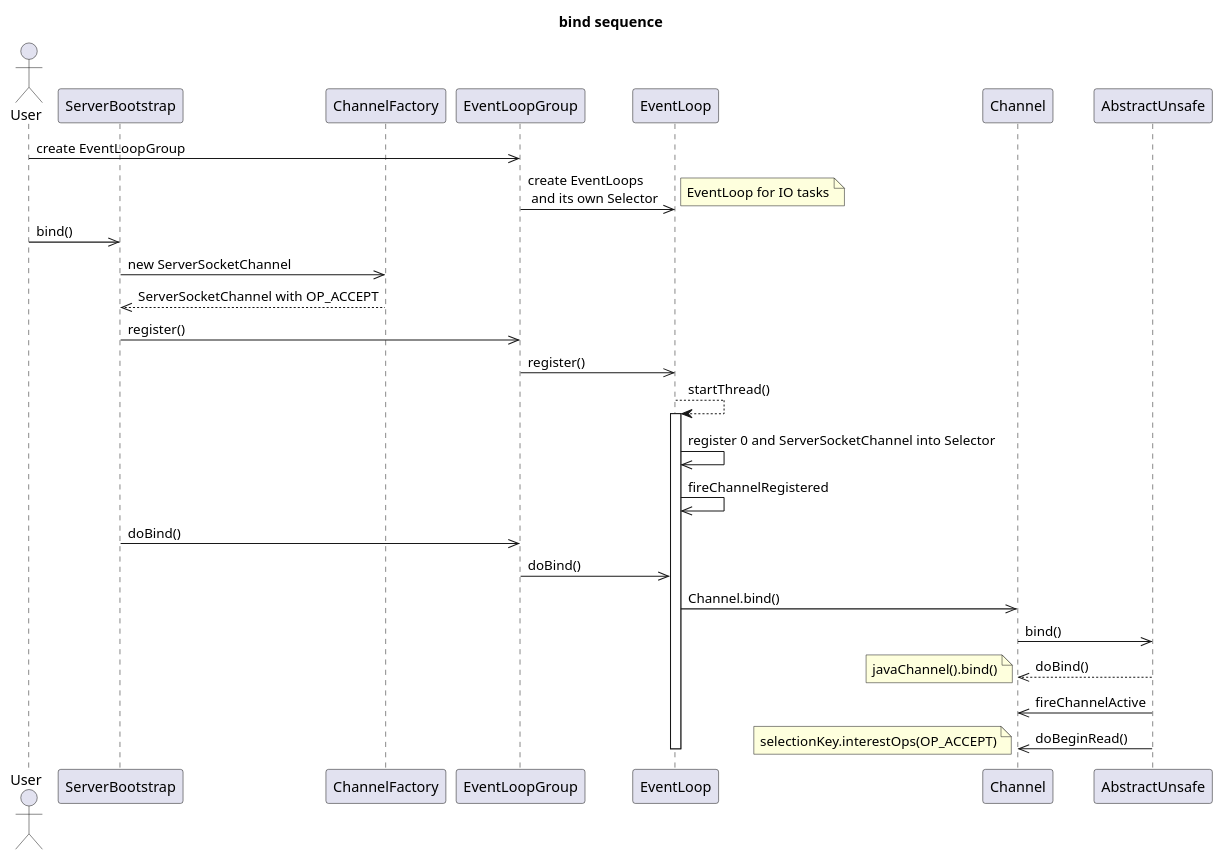
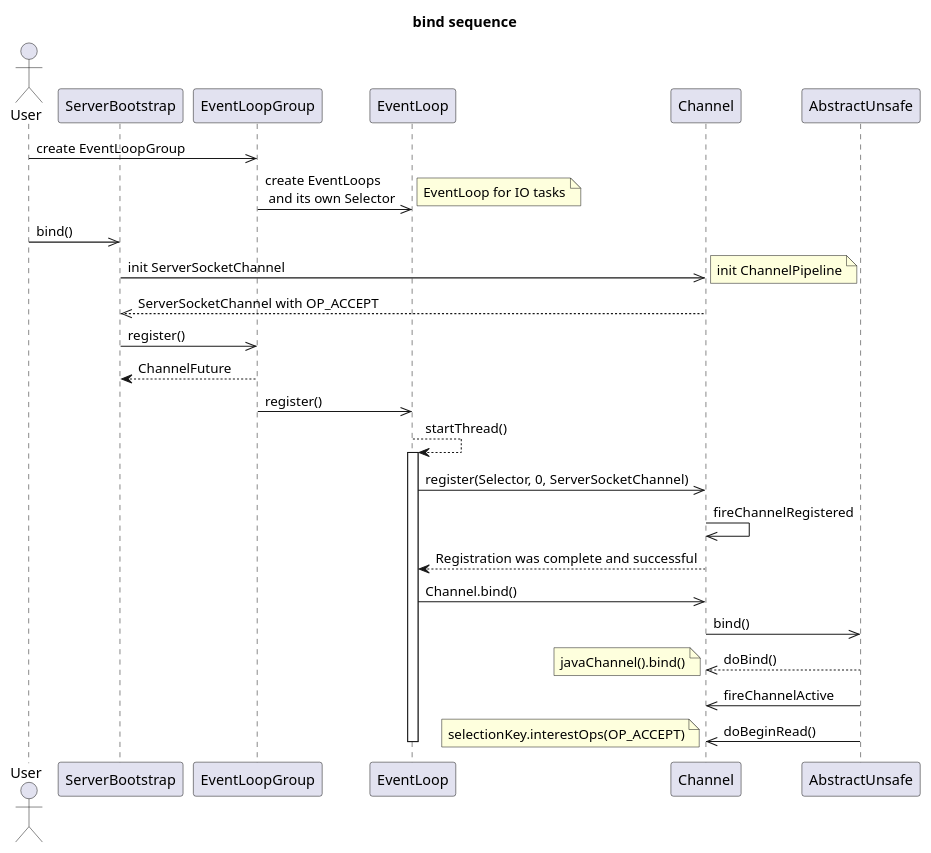
Before and after one commit to Robinpig/Note: the first of 6 diagrams in docs/CS/Java/Netty/Netty.md, drawn with PlantUML. The commit also changed 3 other files, not shown here.

````diff
--- a/docs/CS/Java/Netty/Netty.md
+++ b/docs/CS/Java/Netty/Netty.md
@@ -44,32 +44,32 @@
 ```plantuml
 title: bind sequence
 actor User
 participant ServerBootstrap as sb
-participant ChannelFactory as cf
 participant EventLoopGroup as we
 participant EventLoop as bl
+participant Channel as cc
 User ->> we: create EventLoopGroup
 we ->> bl: create EventLoops \n and its own Selector
 note right: EventLoop for IO tasks
 User ->> sb: bind()
-sb ->> cf: new ServerSocketChannel
-cf -->> sb: ServerSocketChannel with OP_ACCEPT
+sb ->> cc: init ServerSocketChannel
+note right: init ChannelPipeline
+cc -->> sb: ServerSocketChannel with OP_ACCEPT
 sb ->> we: register()
+we --> sb: ChannelFuture
 we ->> bl: register()
 bl --> bl: startThread()
 activate bl
-bl ->> bl: register 0 and ServerSocketChannel into Selector
-bl ->> bl: fireChannelRegistered
-sb ->> we: doBind()
-we ->> bl: doBind()
-participant Channel as cc
+bl ->> cc: register(Selector, 0, ServerSocketChannel)
+cc ->> cc: fireChannelRegistered
+cc --> bl: Registration was complete and successful
 bl ->> cc: Channel.bind()
 participant AbstractUnsafe as au
 cc ->> au: bind()
 au -->> cc: doBind()
 note left: javaChannel().bind()
 au ->> cc: fireChannelActive
 au ->> cc: doBeginRead()
 note left: selectionKey.interestOps(OP_ACCEPT)
 deactivate bl
 ```
````
